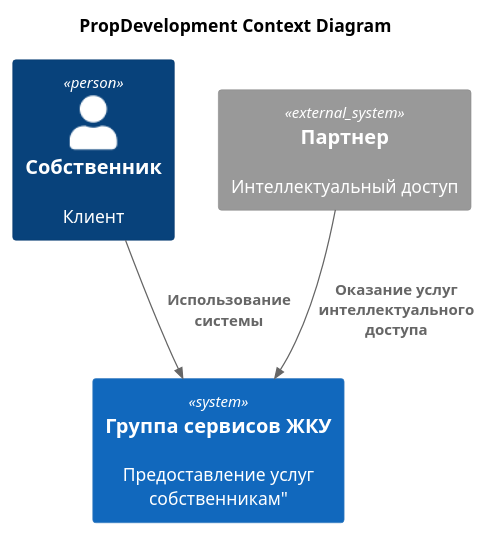
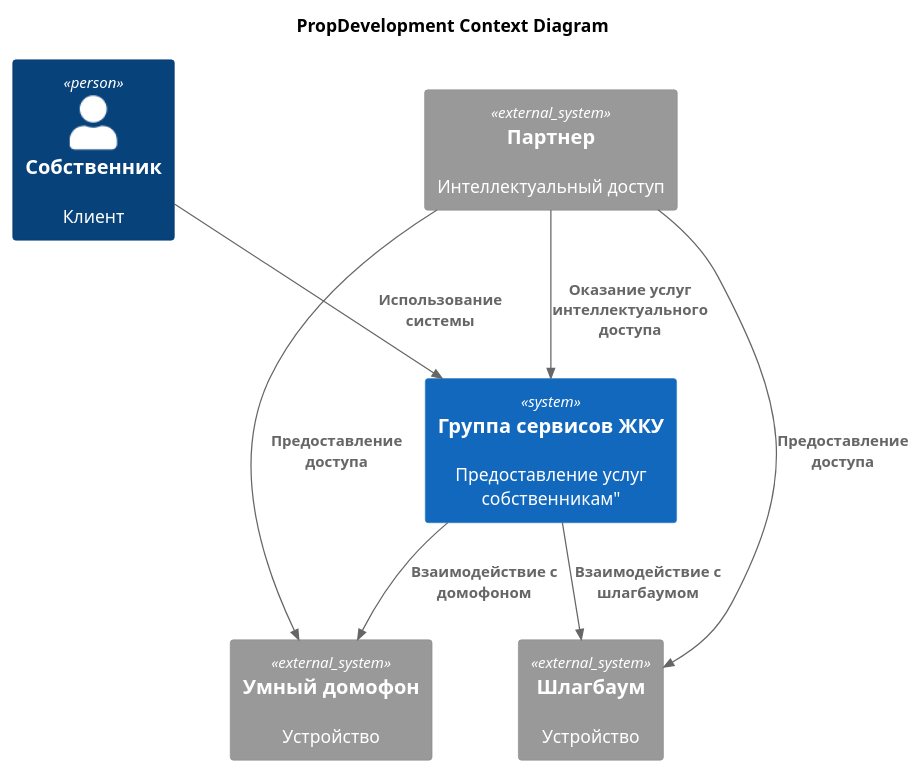
Before and after one commit to xromatron/yap-architecture-sprint-7: the diagram in Task3/Context.puml, drawn with PlantUML. The commit also changed 2 other files, not shown here.

```diff
--- a/Task3/Context.puml
+++ b/Task3/Context.puml
@@ -1,16 +1,22 @@
 @startuml
 title PropDevelopment Context Diagram
 
 top to bottom direction
 
 !include https://raw.githubusercontent.com/plantuml-stdlib/C4-PlantUML/master/C4_Context.puml
 
 Person(user, "Собственник", "Клиент")
 System(JKU, "Группа сервисов ЖКУ", Предоставление услуг собственникам")
 
 System_Ext(partner, "Партнер", "Интеллектуальный доступ")
+System_Ext(intercom, "Умный домофон", "Устройство")
+System_Ext(barrier, "Шлагбаум", "Устройство")
 
 Rel(user, JKU, "Использование системы")
-Rel(partner,JKU,"Оказание услуг интеллектуального доступа")
+Rel(JKU, intercom, "Взаимодействие с домофоном")
+Rel(JKU, barrier, "Взаимодействие с шлагбаумом")
+Rel(partner, JKU, "Оказание услуг интеллектуального доступа")
+Rel(partner, intercom, "Предоставление доступа")
+Rel(partner, barrier, "Предоставление доступа")
 
 @enduml
```
